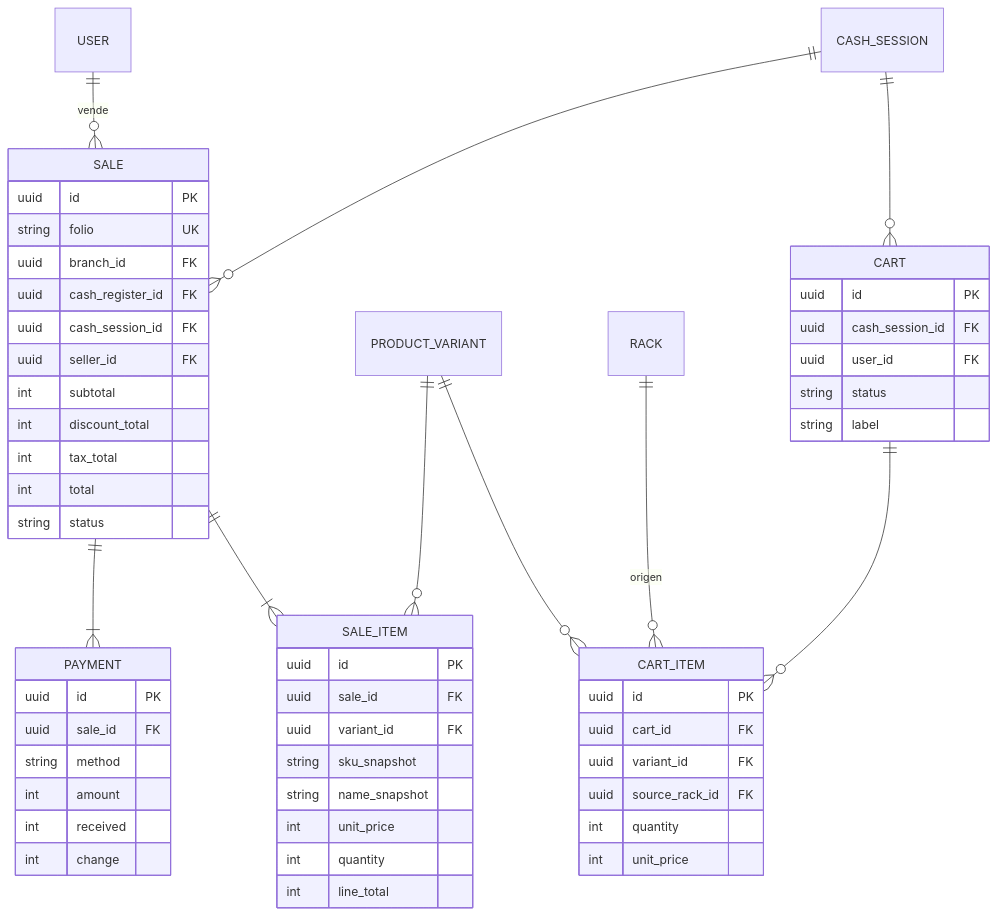
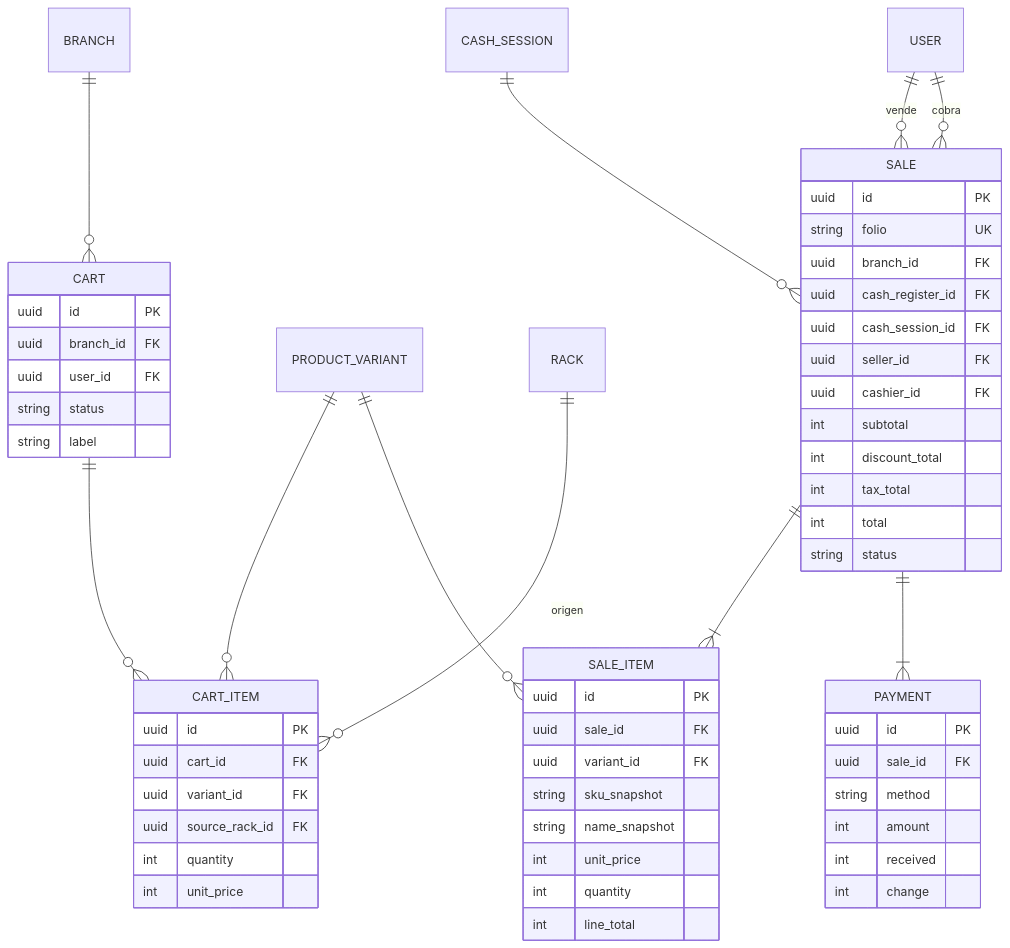
One commit to EliuCastilloCaceres/warehouse-manager changed the fourth of 7 diagrams in docs/plan/plan.md. Above: the diagram before and after it, drawn with Mermaid. The commit also changed other lines of this file and 4 other files, not shown here.

````diff
--- a/docs/plan/plan.md
+++ b/docs/plan/plan.md
@@ -299,59 +299,61 @@
 ```mermaid
 erDiagram
-    CASH_SESSION ||--o{ CART : ""
+    BRANCH ||--o{ CART : ""
     CART ||--o{ CART_ITEM : ""
     PRODUCT_VARIANT ||--o{ CART_ITEM : ""
     RACK ||--o{ CART_ITEM : "origen"
     CASH_SESSION ||--o{ SALE : ""
     SALE ||--|{ SALE_ITEM : ""
     SALE ||--|{ PAYMENT : ""
     PRODUCT_VARIANT ||--o{ SALE_ITEM : ""
     USER ||--o{ SALE : vende
+    USER ||--o{ SALE : cobra
 
     CART {
         uuid id PK
-        uuid cash_session_id FK
+        uuid branch_id FK
         uuid user_id FK
         string status
         string label
     }
     CART_ITEM {
         uuid id PK
         uuid cart_id FK
         uuid variant_id FK
         uuid source_rack_id FK
         int quantity
         int unit_price
     }
     SALE {
         uuid id PK
         string folio UK
         uuid branch_id FK
         uuid cash_register_id FK
         uuid cash_session_id FK
         uuid seller_id FK
+        uuid cashier_id FK
         int subtotal
         int discount_total
         int tax_total
         int total
         string status
     }
     SALE_ITEM {
         uuid id PK
         uuid sale_id FK
         uuid variant_id FK
         string sku_snapshot
         string name_snapshot
         int unit_price
         int quantity
         int line_total
     }
     PAYMENT {
         uuid id PK
         uuid sale_id FK
         string method
         int amount
         int received
         int change
     }
 ```
````
